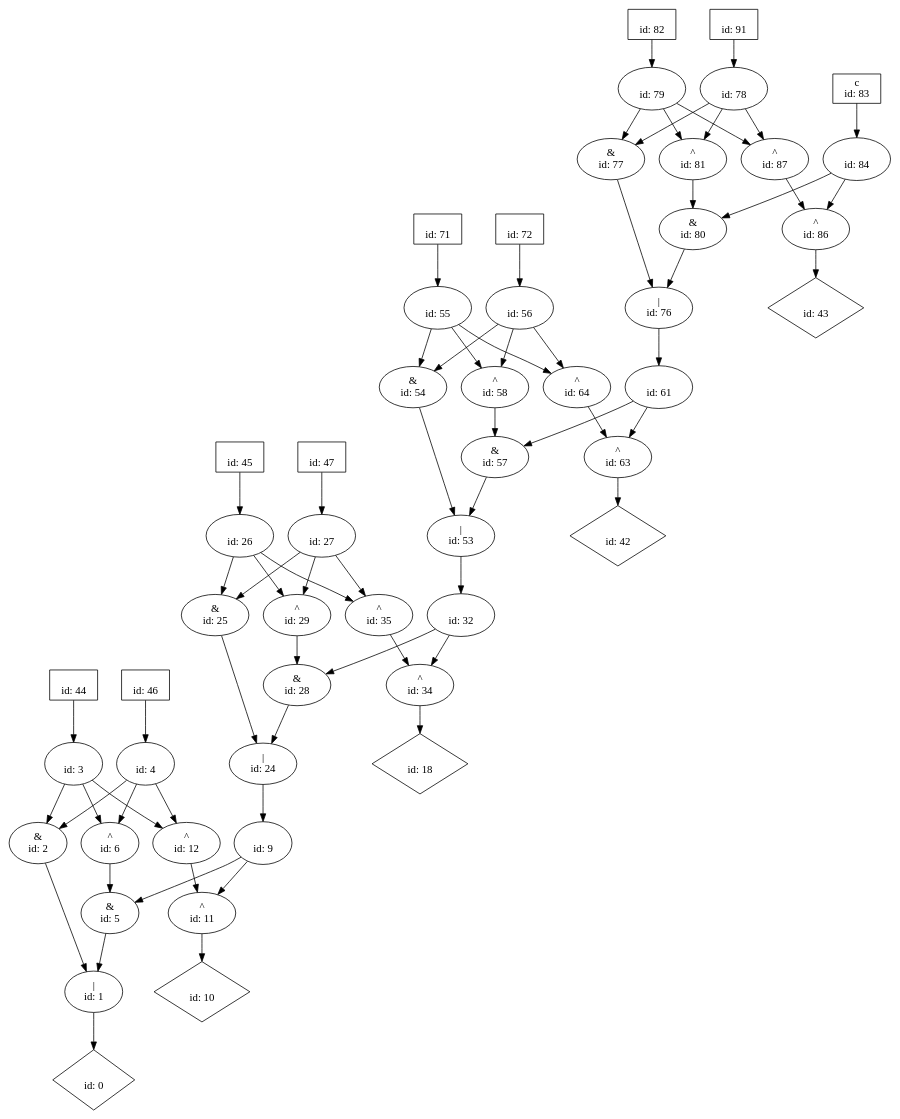
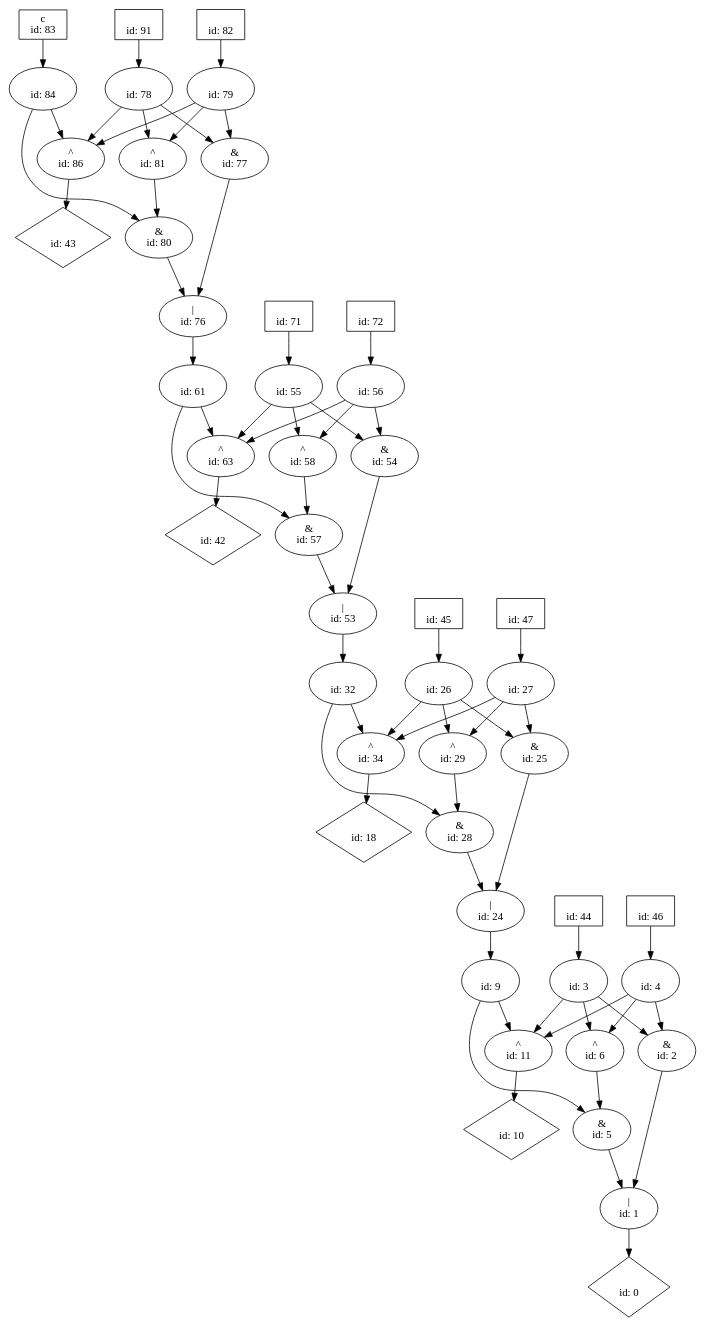
The diagram in dot_files/bool_circ/adder.dot (p9romain/bool-circuits), drawn with Graphviz before and after one commit. The commit also changed 74 other files, not shown here.

```diff
--- a/dot_files/bool_circ/adder.dot
+++ b/dot_files/bool_circ/adder.dot
@@ -1,117 +1,109 @@
 digraph G {
 n0 [label="\n id: 0",shape="diamond"];
 n1 [label="|\n id: 1"];
 n2 [label="&\n id: 2"];
 n3 [label="\n id: 3"];
 n4 [label="\n id: 4"];
 n5 [label="&\n id: 5"];
 n6 [label="^\n id: 6"];
 n9 [label="\n id: 9"];
 n10 [label="\n id: 10",shape="diamond"];
 n11 [label="^\n id: 11"];
-n12 [label="^\n id: 12"];
 n18 [label="\n id: 18",shape="diamond"];
 n24 [label="|\n id: 24"];
 n25 [label="&\n id: 25"];
 n26 [label="\n id: 26"];
 n27 [label="\n id: 27"];
 n28 [label="&\n id: 28"];
 n29 [label="^\n id: 29"];
 n32 [label="\n id: 32"];
 n34 [label="^\n id: 34"];
-n35 [label="^\n id: 35"];
 n42 [label="\n id: 42",shape="diamond"];
 n43 [label="\n id: 43",shape="diamond"];
 n44 [label="\n id: 44",shape="box"];
 n45 [label="\n id: 45",shape="box"];
 n46 [label="\n id: 46",shape="box"];
 n47 [label="\n id: 47",shape="box"];
 n53 [label="|\n id: 53"];
 n54 [label="&\n id: 54"];
 n55 [label="\n id: 55"];
 n56 [label="\n id: 56"];
 n57 [label="&\n id: 57"];
 n58 [label="^\n id: 58"];
 n61 [label="\n id: 61"];
 n63 [label="^\n id: 63"];
-n64 [label="^\n id: 64"];
 n71 [label="\n id: 71",shape="box"];
 n72 [label="\n id: 72",shape="box"];
 n76 [label="|\n id: 76"];
 n77 [label="&\n id: 77"];
 n78 [label="\n id: 78"];
 n79 [label="\n id: 79"];
 n80 [label="&\n id: 80"];
 n81 [label="^\n id: 81"];
 n84 [label="\n id: 84"];
 n86 [label="^\n id: 86"];
-n87 [label="^\n id: 87"];
 n91 [label="\n id: 91",shape="box"];
 n82 [label="\n id: 82",shape="box"];
 n83 [label="c\n id: 83",shape="box"];
 n1 -> n0
 n2 -> n1
 n3 -> n2
+n3 -> n11
 n3 -> n6
-n3 -> n12
 n4 -> n2
 n4 -> n6
-n4 -> n12
+n4 -> n11
 n5 -> n1
 n6 -> n5
 n9 -> n5
 n9 -> n11
 n11 -> n10
-n12 -> n11
 n24 -> n9
 n25 -> n24
 n26 -> n25
+n26 -> n34
 n26 -> n29
-n26 -> n35
 n27 -> n25
 n27 -> n29
-n27 -> n35
+n27 -> n34
 n28 -> n24
 n29 -> n28
 n32 -> n28
 n32 -> n34
 n34 -> n18
-n35 -> n34
 n44 -> n3
 n45 -> n26
 n46 -> n4
 n47 -> n27
 n53 -> n32
 n54 -> n53
 n55 -> n54
+n55 -> n63
 n55 -> n58
-n55 -> n64
 n56 -> n54
 n56 -> n58
-n56 -> n64
+n56 -> n63
 n57 -> n53
 n58 -> n57
 n61 -> n57
 n61 -> n63
 n63 -> n42
-n64 -> n63
 n71 -> n55
 n72 -> n56
 n76 -> n61
 n77 -> n76
 n78 -> n77
+n78 -> n86
 n78 -> n81
-n78 -> n87
 n79 -> n77
 n79 -> n81
-n79 -> n87
+n79 -> n86
 n80 -> n76
 n81 -> n80
 n84 -> n80
 n84 -> n86
 n86 -> n43
-n87 -> n86
 n91 -> n78
 n82 -> n79
 n83 -> n84
 }
```
